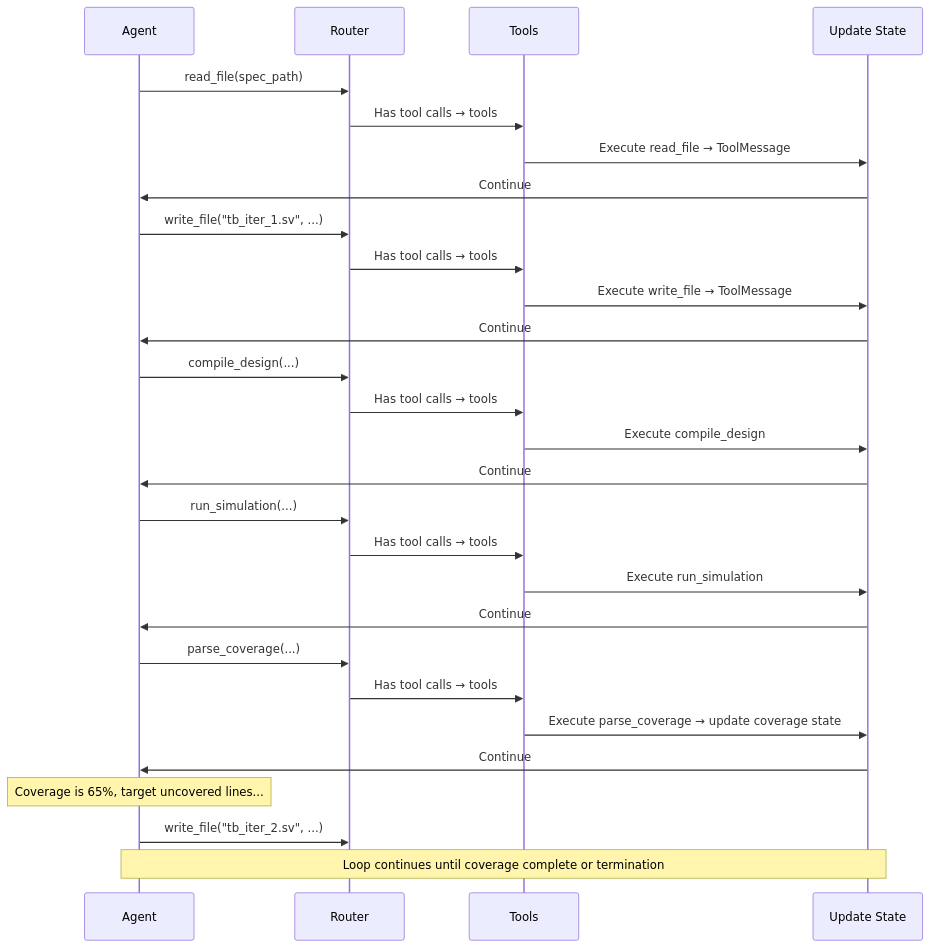
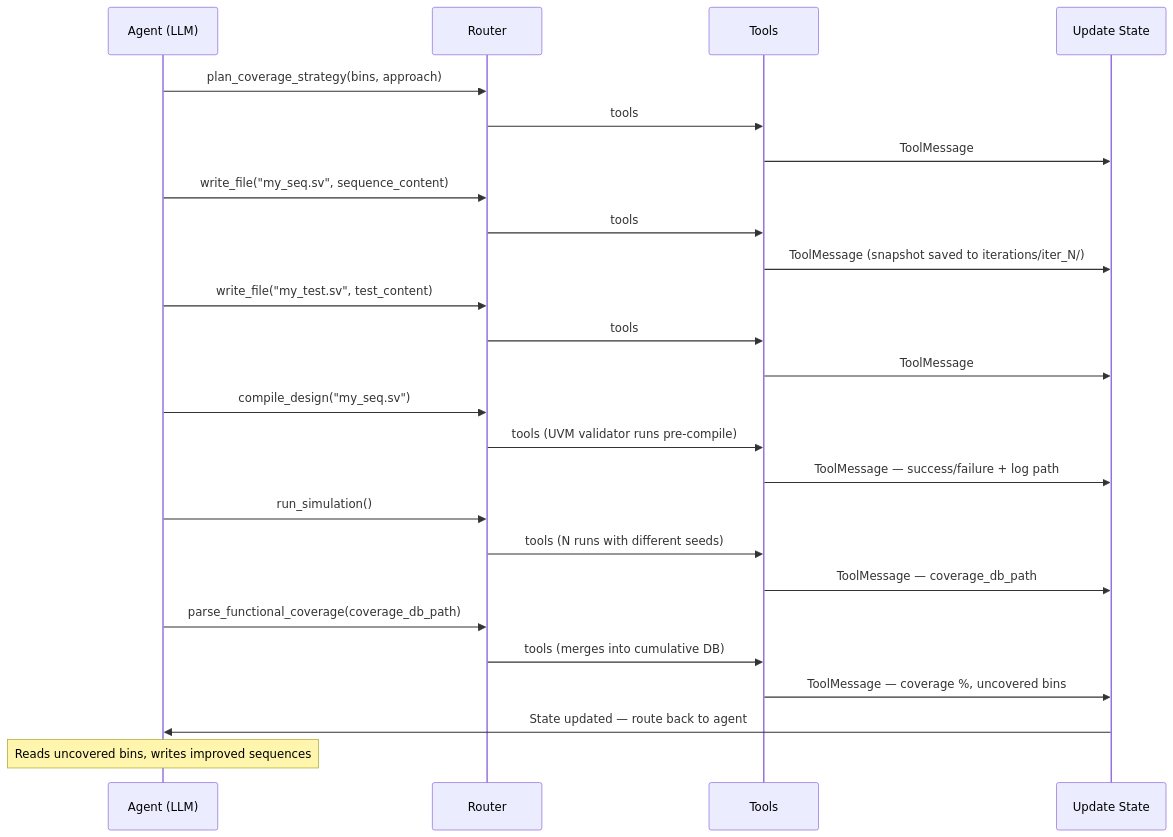
One commit to advent-lab/llm-verif changed the fifth of 6 diagrams in docs/ARCH.md. Above: the diagram before and after it, drawn with Mermaid. The commit also changed other lines of this file and 3 other files, not shown here.

````diff
--- a/docs/ARCH.md
+++ b/docs/ARCH.md
@@ -583,37 +463,35 @@
 ```mermaid
 sequenceDiagram
-    participant A as Agent
+    participant A as Agent (LLM)
     participant R as Router
     participant T as Tools
     participant U as Update State
 
-    A->>R: read_file(spec_path)
-    R->>T: Has tool calls → tools
-    T->>U: Execute read_file → ToolMessage
-    U->>A: Continue
+    A->>R: plan_coverage_strategy(bins, approach)
+    R->>T: tools
+    T->>U: ToolMessage
 
-    A->>R: write_file("tb_iter_1.sv", ...)
-    R->>T: Has tool calls → tools
-    T->>U: Execute write_file → ToolMessage
-    U->>A: Continue
+    A->>R: write_file("my_seq.sv", sequence_content)
+    R->>T: tools
+    T->>U: ToolMessage (snapshot saved to iterations/iter_N/)
 
-    A->>R: compile_design(...)
-    R->>T: Has tool calls → tools
-    T->>U: Execute compile_design
-    U->>A: Continue
+    A->>R: write_file("my_test.sv", test_content)
+    R->>T: tools
+    T->>U: ToolMessage
 
-    A->>R: run_simulation(...)
-    R->>T: Has tool calls → tools
-    T->>U: Execute run_simulation
-    U->>A: Continue
+    A->>R: compile_design("my_seq.sv")
+    R->>T: tools (UVM validator runs pre-compile)
+    T->>U: ToolMessage — success/failure + log path
 
-    A->>R: parse_coverage(...)
-    R->>T: Has tool calls → tools
-    T->>U: Execute parse_coverage → update coverage state
-    U->>A: Continue
+    A->>R: run_simulation()
+    R->>T: tools (N runs with different seeds)
+    T->>U: ToolMessage — coverage_db_path
 
-    Note over A: Coverage is 65%, target uncovered lines...
-    A->>R: write_file("tb_iter_2.sv", ...)
+    A->>R: parse_functional_coverage(coverage_db_path)
+    R->>T: tools (merges into cumulative DB)
+    T->>U: ToolMessage — coverage %, uncovered bins
 
-    Note over A,U: Loop continues until coverage complete or termination
+    U->>A: State updated — route back to agent
+
+    Note over A: Reads uncovered bins, writes improved sequences
 ```
````
